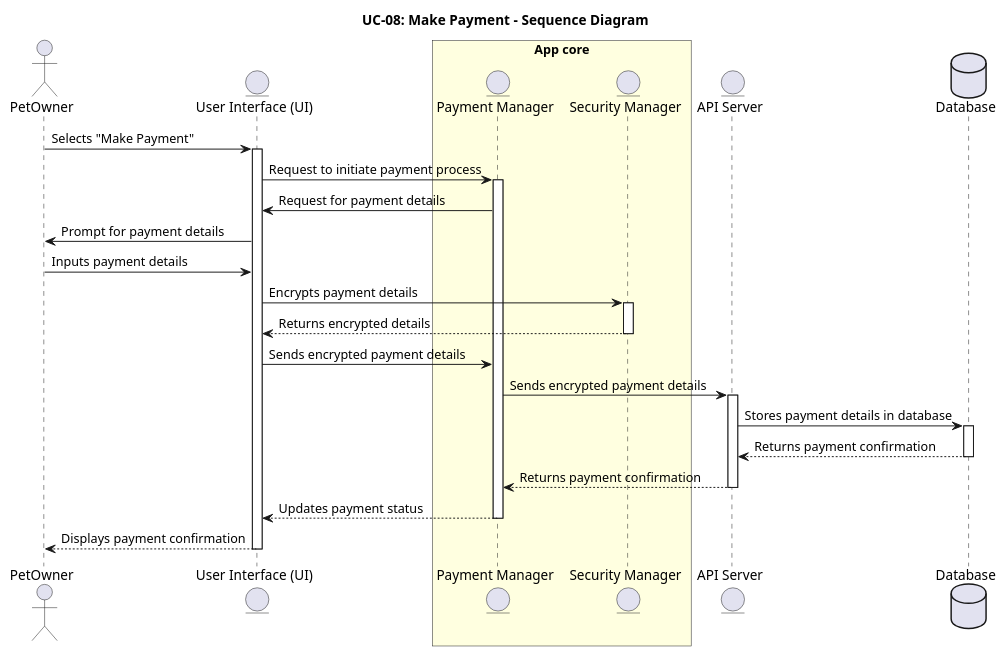
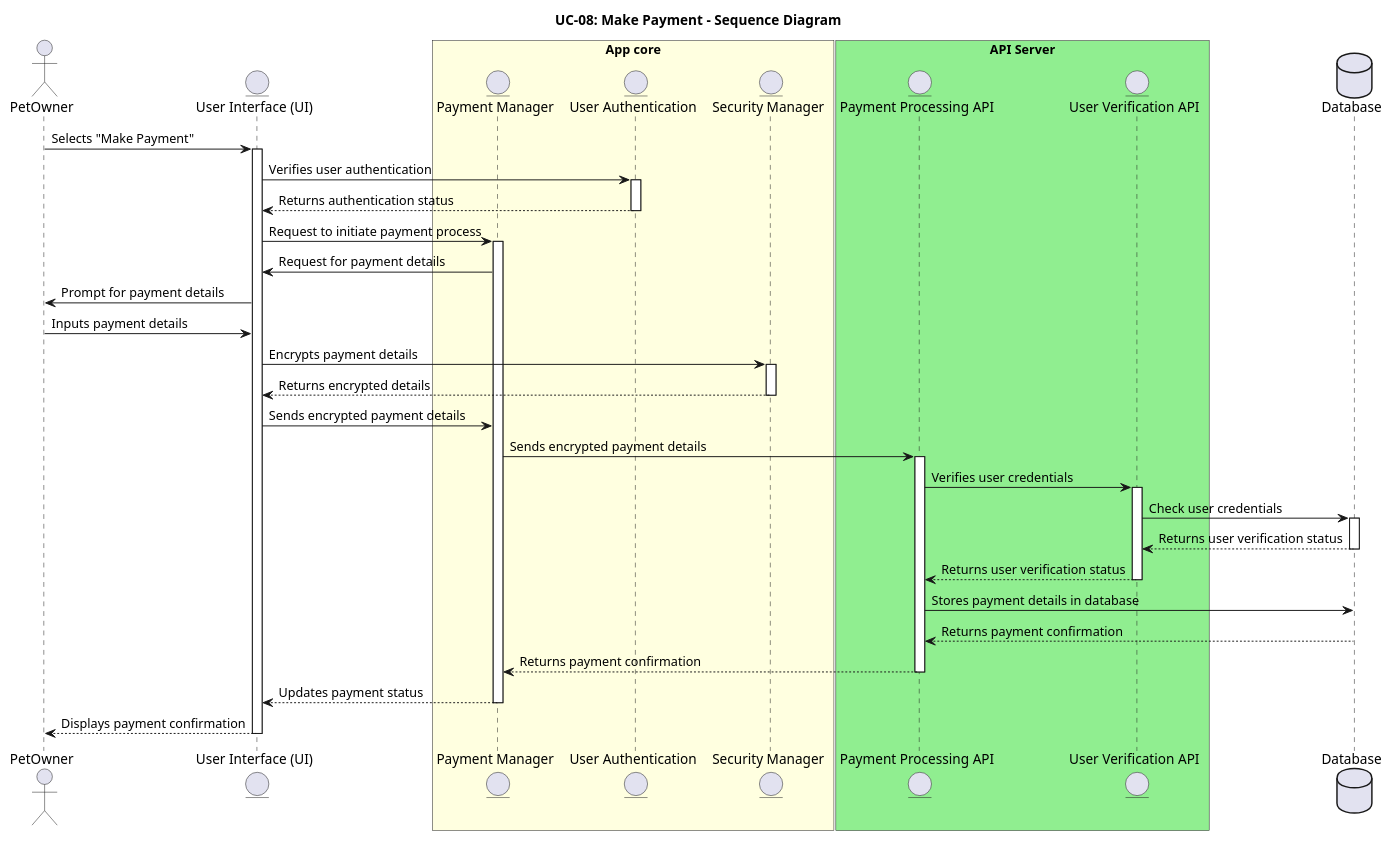
One commit to IrenePorta/PetSitters changed the diagram in Documents/PlantUML/UC-08_SEQUENCE_Diagram.puml. Above: the diagram before and after it, drawn with PlantUML.

```diff
--- a/Documents/PlantUML/UC-08_SEQUENCE_Diagram.puml
+++ b/Documents/PlantUML/UC-08_SEQUENCE_Diagram.puml
@@ -1,47 +1,61 @@
 @startuml
 title: UC-08: Make Payment - Sequence Diagram
 actor PetOwner
 entity "User Interface (UI)" as UI
 box "App core" #LightYellow
-  entity "Payment Manager" as AppCore
+  entity "Payment Manager" as PaymentManager
+  entity "User Authentication" as UserAuth
   entity "Security Manager" as Security
 end box
-entity "API Server" as API
+box "API Server" #LightGreen
+  entity "Payment Processing API" as PaymentAPI
+  entity "User Verification API" as UserVerifyAPI
+end box
 database "Database" as DB
 
 PetOwner -> UI : Selects "Make Payment" 
 activate UI
 
-UI -> AppCore : Request to initiate payment process
-activate AppCore
+UI -> UserAuth : Verifies user authentication
+activate UserAuth
+UserAuth --> UI : Returns authentication status
+deactivate UserAuth
 
-AppCore -> UI : Request for payment details
+UI -> PaymentManager : Request to initiate payment process
+activate PaymentManager
+
+PaymentManager -> UI : Request for payment details
 UI -> PetOwner : Prompt for payment details
 PetOwner -> UI : Inputs payment details
 
 UI -> Security : Encrypts payment details
 activate Security
 Security --> UI : Returns encrypted details
 deactivate Security
 
-UI -> AppCore : Sends encrypted payment details
+UI -> PaymentManager : Sends encrypted payment details
+PaymentManager -> PaymentAPI : Sends encrypted payment details
+activate PaymentAPI
 
-AppCore -> API : Sends encrypted payment details
-activate API
+PaymentAPI -> UserVerifyAPI : Verifies user credentials
+activate UserVerifyAPI
+UserVerifyAPI -> DB : Check user credentials
+activate DB
+DB --> UserVerifyAPI : Returns user verification status
+deactivate DB
+UserVerifyAPI --> PaymentAPI : Returns user verification status
+deactivate UserVerifyAPI
 
-API -> DB : Stores payment details in database
-activate DB
-
-DB --> API : Returns payment confirmation
+PaymentAPI -> DB : Stores payment details in database
+DB --> PaymentAPI : Returns payment confirmation
 deactivate DB
 
-API --> AppCore : Returns payment confirmation
-deactivate API
-
-AppCore --> UI : Updates payment status
-deactivate AppCore
+PaymentAPI --> PaymentManager : Returns payment confirmation
+deactivate PaymentAPI
+PaymentManager --> UI : Updates payment status
+deactivate PaymentManager
 
 UI --> PetOwner : Displays payment confirmation
 deactivate UI
 
 @enduml
```
